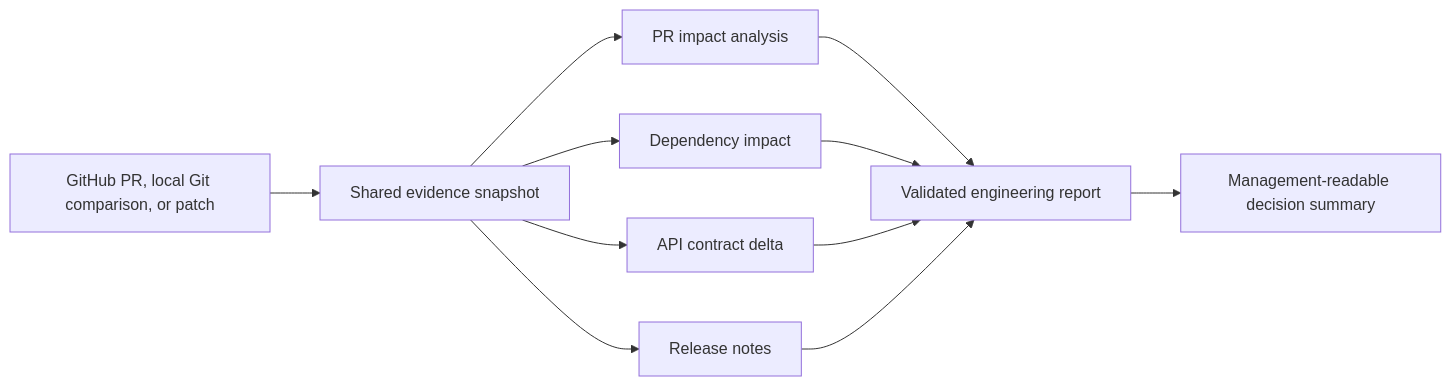
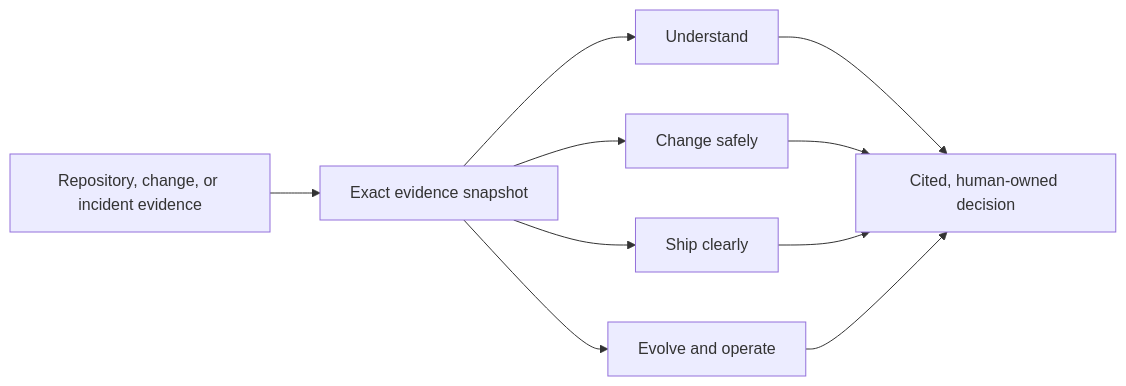
The diagram in README.md (gavinliu1995/engineering-power), drawn with Mermaid before and after one commit. The commit also changed other lines of this file and 2 other files, not shown here.

````diff
--- a/README.md
+++ b/README.md
@@ -55,13 +26,12 @@
 ```mermaid
 flowchart LR
-    I["GitHub PR, local Git comparison, or patch"] --> E["Shared evidence snapshot"]
-    E --> P["PR impact analysis"]
-    E --> D["Dependency impact"]
-    E --> A["API contract delta"]
-    E --> R["Release notes"]
-    P --> Q["Validated engineering report"]
-    D --> Q
-    A --> Q
-    R --> Q
-    Q --> M["Management-readable decision summary"]
+    I["Repository, change, or incident evidence"] --> E["Exact evidence snapshot"]
+    E --> U["Understand"]
+    E --> C["Change safely"]
+    E --> S["Ship clearly"]
+    E --> O["Evolve and operate"]
+    U --> D["Cited, human-owned decision"]
+    C --> D
+    S --> D
+    O --> D
 ```
````
